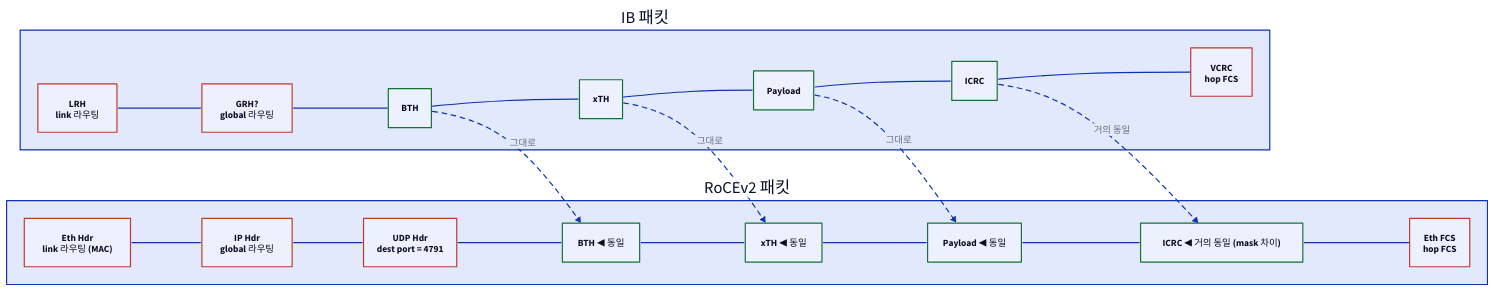
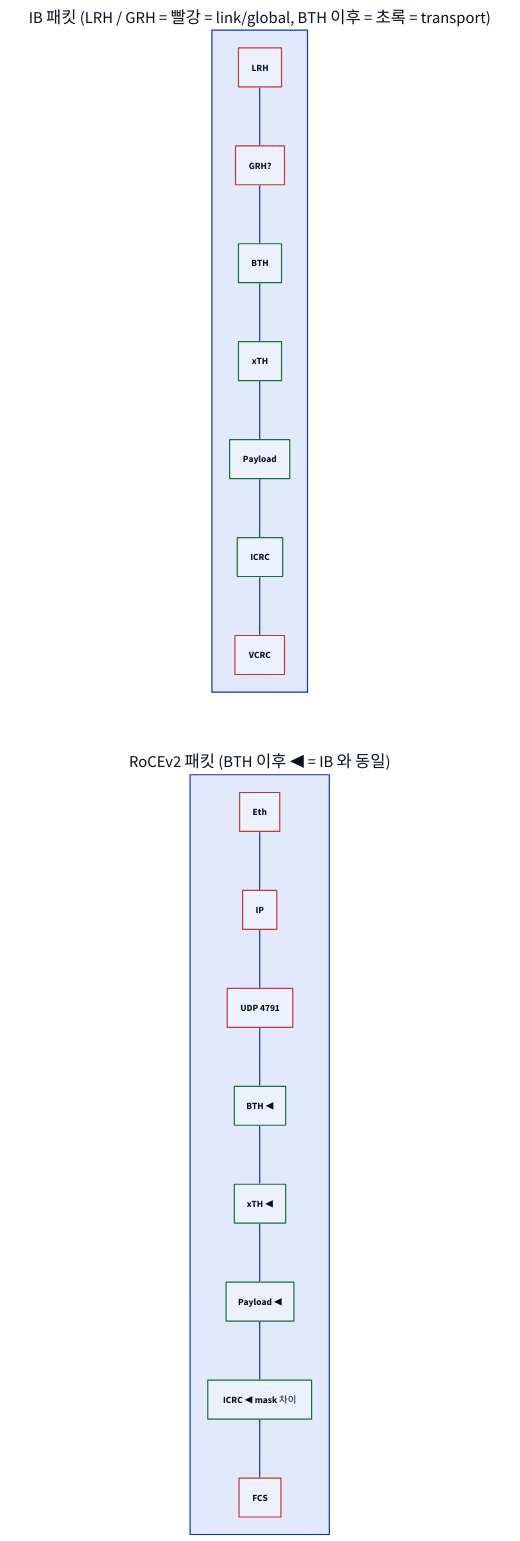
One commit to humbleowl39/DV_SKOOL changed the first of 2 diagrams in topics/rdma/docs/03_rocev2.md. Above: the diagram before and after it, drawn with D2. The commit also changed other lines of this file and 90 other files, not shown here.

First line of the commit message:
docs: 전 토픽 다이어그램 정비 — ASCII→D2, mermaid→D2, 과대 D2 가시성 수정

````diff
--- a/topics/rdma/docs/03_rocev2.md
+++ b/topics/rdma/docs/03_rocev2.md
@@ -96,31 +96,30 @@
 ```d2
-direction: right
+direction: down
 
-IB: "IB 패킷" {
-  I_LRH: "LRH\nlink 라우팅" { style.stroke: "#c0392b"; style.stroke-width: 2 }
-  I_GRH: "GRH?\nglobal 라우팅" { style.stroke: "#c0392b"; style.stroke-width: 2 }
+IB: "IB 패킷 (LRH / GRH = 빨강 = link/global, BTH 이후 = 초록 = transport)" {
+  direction: right
+  I_LRH: LRH { style.stroke: "#c0392b"; style.stroke-width: 2 }
+  I_GRH: "GRH?" { style.stroke: "#c0392b"; style.stroke-width: 2 }
   I_BTH: BTH { style.stroke: "#137333"; style.stroke-width: 2 }
   I_XTH: xTH { style.stroke: "#137333"; style.stroke-width: 2 }
   I_PAY: Payload { style.stroke: "#137333"; style.stroke-width: 2 }
   I_ICRC: ICRC { style.stroke: "#137333"; style.stroke-width: 2 }
-  I_VCRC: "VCRC\nhop FCS" { style.stroke: "#c0392b"; style.stroke-width: 2 }
+  I_VCRC: VCRC { style.stroke: "#c0392b"; style.stroke-width: 2 }
   I_LRH -- I_GRH -- I_BTH -- I_XTH -- I_PAY -- I_ICRC -- I_VCRC
 }
 
-ROCE: "RoCEv2 패킷" {
-  R_ETH: "Eth Hdr\nlink 라우팅 (MAC)" { style.stroke: "#c0392b"; style.stroke-width: 2 }
-  R_IP: "IP Hdr\nglobal 라우팅" { style.stroke: "#c0392b"; style.stroke-width: 2 }
-  R_UDP: "UDP Hdr\ndest port = 4791" { style.stroke: "#c0392b"; style.stroke-width: 2 }
-  R_BTH: "BTH ◀ 동일" { style.stroke: "#137333"; style.stroke-width: 2 }
-  R_XTH: "xTH ◀ 동일" { style.stroke: "#137333"; style.stroke-width: 2 }
-  R_PAY: "Payload ◀ 동일" { style.stroke: "#137333"; style.stroke-width: 2 }
-  R_ICRC: "ICRC ◀ 거의 동일 (mask 차이)" { style.stroke: "#137333"; style.stroke-width: 2 }
-  R_FCS: "Eth FCS\nhop FCS" { style.stroke: "#c0392b"; style.stroke-width: 2 }
+ROCE: "RoCEv2 패킷 (BTH 이후 ◀ = IB 와 동일)" {
+  direction: right
+  R_ETH: Eth { style.stroke: "#c0392b"; style.stroke-width: 2 }
+  R_IP: IP { style.stroke: "#c0392b"; style.stroke-width: 2 }
+  R_UDP: "UDP 4791" { style.stroke: "#c0392b"; style.stroke-width: 2 }
+  R_BTH: "BTH ◀" { style.stroke: "#137333"; style.stroke-width: 2 }
+  R_XTH: "xTH ◀" { style.stroke: "#137333"; style.stroke-width: 2 }
+  R_PAY: "Payload ◀" { style.stroke: "#137333"; style.stroke-width: 2 }
+  R_ICRC: "ICRC ◀ mask 차이" { style.stroke: "#137333"; style.stroke-width: 2 }
+  R_FCS: FCS { style.stroke: "#c0392b"; style.stroke-width: 2 }
   R_ETH -- R_IP -- R_UDP -- R_BTH -- R_XTH -- R_PAY -- R_ICRC -- R_FCS
 }
 
-IB.I_BTH -> ROCE.R_BTH: "그대로" { style.stroke-dash: 4 }
-IB.I_XTH -> ROCE.R_XTH: "그대로" { style.stroke-dash: 4 }
-IB.I_PAY -> ROCE.R_PAY: "그대로" { style.stroke-dash: 4 }
-IB.I_ICRC -> ROCE.R_ICRC: "거의 동일" { style.stroke-dash: 4 }
+IB -> ROCE: { style.opacity: 0.0 }
 ```
````
